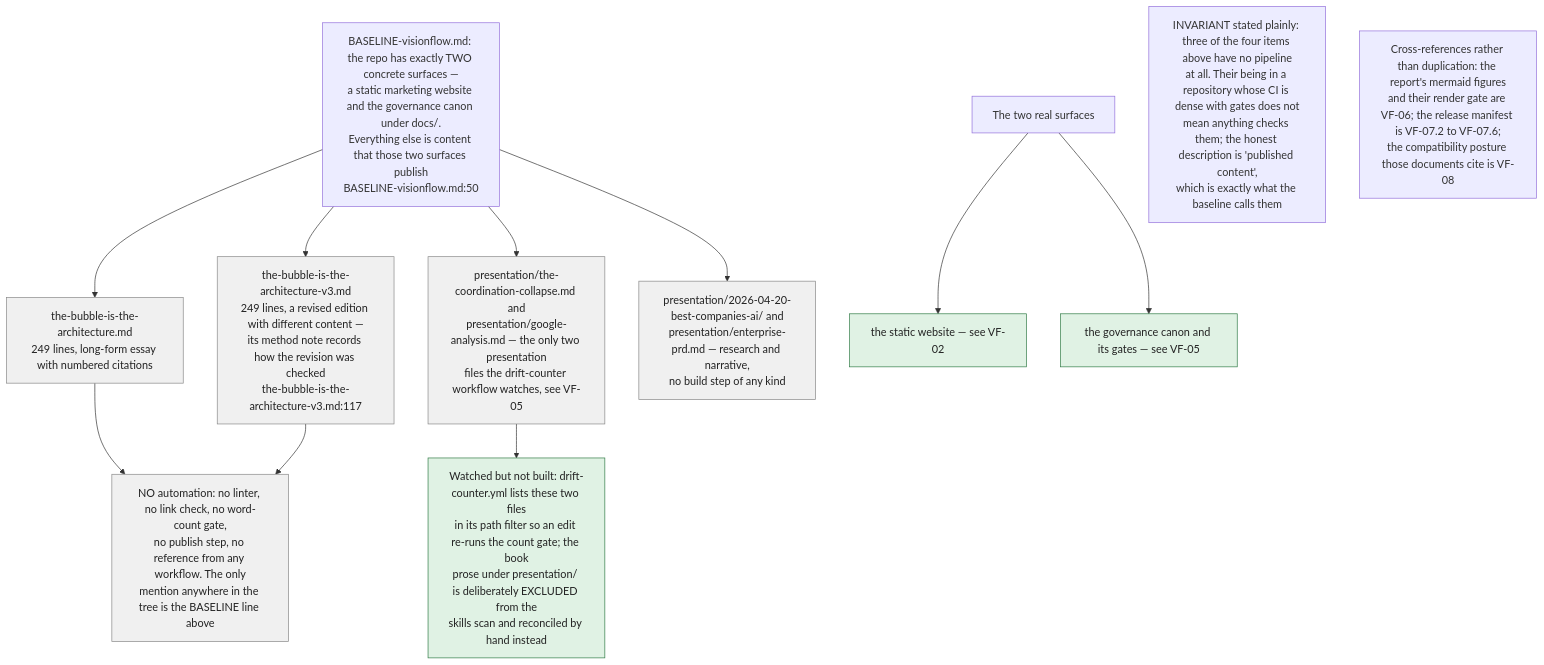
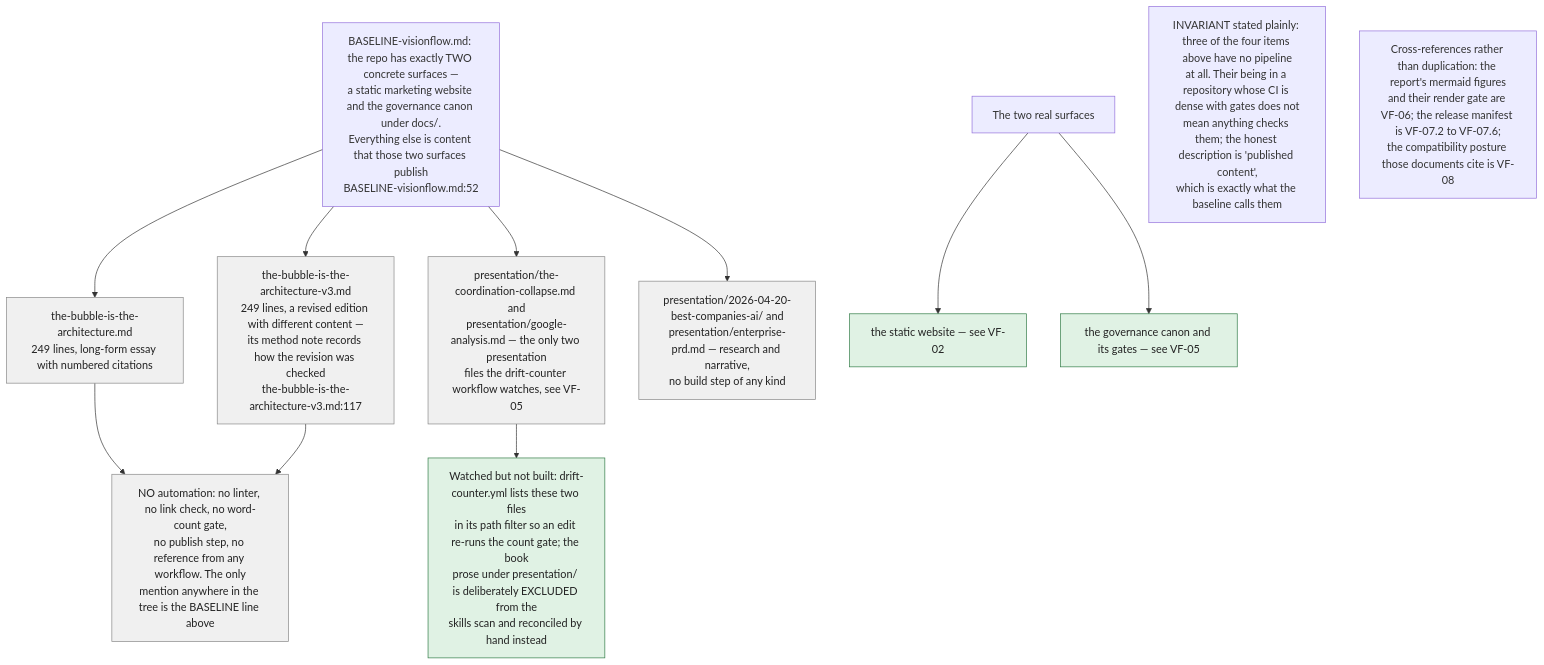
Diagram 11 of 11 in docs/diagrams/visionflow/07-pitch-presentation-reports.md (DreamLab-AI/VisionFlow), drawn with Mermaid before and after one commit. The commit also changed other lines of this file and 7 other files, not shown here.

````diff
--- a/docs/diagrams/visionflow/07-pitch-presentation-reports.md
+++ b/docs/diagrams/visionflow/07-pitch-presentation-reports.md
@@ -442,24 +442,24 @@
 ```mermaid
 flowchart TB
     classDef content fill:#f0f0f0,stroke:#888,color:#222
     classDef surface fill:#e0f2e4,stroke:#2f7a45,color:#222
 
-    BASE["BASELINE-visionflow.md: the repo has exactly TWO concrete surfaces —<br/>a static marketing website and the governance canon under docs/.<br/>Everything else is content that those two surfaces publish<br/>BASELINE-visionflow.md:50"]
+    BASE["BASELINE-visionflow.md: the repo has exactly TWO concrete surfaces —<br/>a static marketing website and the governance canon under docs/.<br/>Everything else is content that those two surfaces publish<br/>BASELINE-visionflow.md:52"]
 
     BASE --> C1["the-bubble-is-the-architecture.md<br/>249 lines, long-form essay with numbered citations"]:::content
     BASE --> C2["the-bubble-is-the-architecture-v3.md<br/>249 lines, a revised edition with different content —<br/>its method note records how the revision was checked<br/>the-bubble-is-the-architecture-v3.md:117"]:::content
     BASE --> C3["presentation/the-coordination-collapse.md and<br/>presentation/google-analysis.md — the only two presentation<br/>files the drift-counter workflow watches, see VF-05"]:::content
     BASE --> C4["presentation/2026-04-20-best-companies-ai/ and<br/>presentation/enterprise-prd.md — research and narrative,<br/>no build step of any kind"]:::content
 
     C1 --> N1["NO automation: no linter, no link check, no word-count gate,<br/>no publish step, no reference from any workflow. The only<br/>mention anywhere in the tree is the BASELINE line above"]:::content
     C2 --> N1
 
     C3 --> N2["Watched but not built: drift-counter.yml lists these two files<br/>in its path filter so an edit re-runs the count gate; the book<br/>prose under presentation/ is deliberately EXCLUDED from the<br/>skills scan and reconciled by hand instead"]:::surface
 
     SURF["The two real surfaces"] --> S1["the static website — see VF-02"]:::surface
     SURF --> S2["the governance canon and its gates — see VF-05"]:::surface
 
     HONEST["INVARIANT stated plainly: three of the four items above have no pipeline<br/>at all. Their being in a repository whose CI is dense with gates does not<br/>mean anything checks them; the honest description is 'published content',<br/>which is exactly what the baseline calls them"]
 
     XREF["Cross-references rather than duplication: the report's mermaid figures<br/>and their render gate are VF-06; the release manifest is VF-07.2 to VF-07.6;<br/>the compatibility posture those documents cite is VF-08"]
 ```
````
